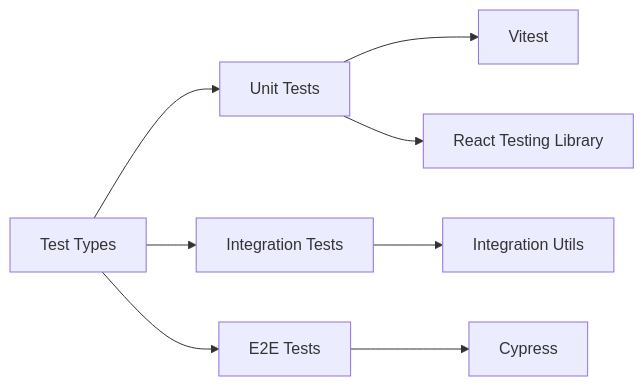
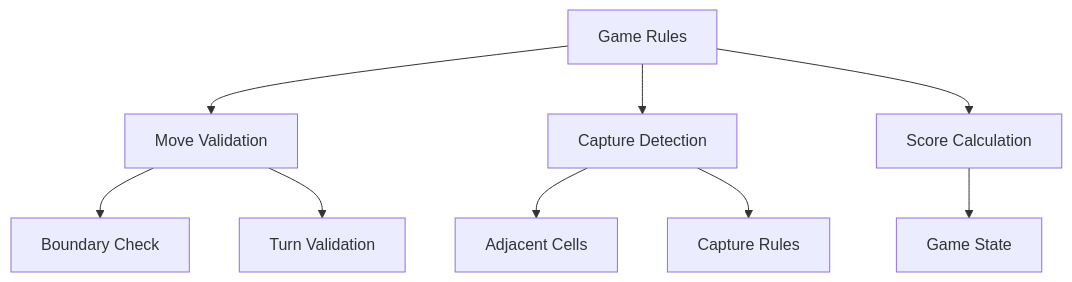
Before and after one commit to vcb88/ctorgame: the third of 8 diagrams in docs/ARCHITECTURE.md, drawn with Mermaid. The commit also changed other lines of this file and 1 other file, not shown here.

First line of the commit message:
docs: update architecture documentation and add setup guide

````diff
--- a/docs/ARCHITECTURE.md
+++ b/docs/ARCHITECTURE.md
@@ -62,10 +63,11 @@
 ```mermaid
-graph LR
-    A[Test Types] --> B[Unit Tests]
-    A --> C[Integration Tests]
-    A --> D[E2E Tests]
-    B --> E[Vitest]
-    B --> F[React Testing Library]
-    C --> G[Integration Utils]
-    D --> H[Cypress]
+graph TD
+    A[Game Rules] --> B[Move Validation]
+    A --> C[Capture Detection]
+    A --> D[Score Calculation]
+    B --> E[Boundary Check]
+    B --> F[Turn Validation]
+    C --> G[Adjacent Cells]
+    C --> H[Capture Rules]
+    D --> I[Game State]
 ```
````
